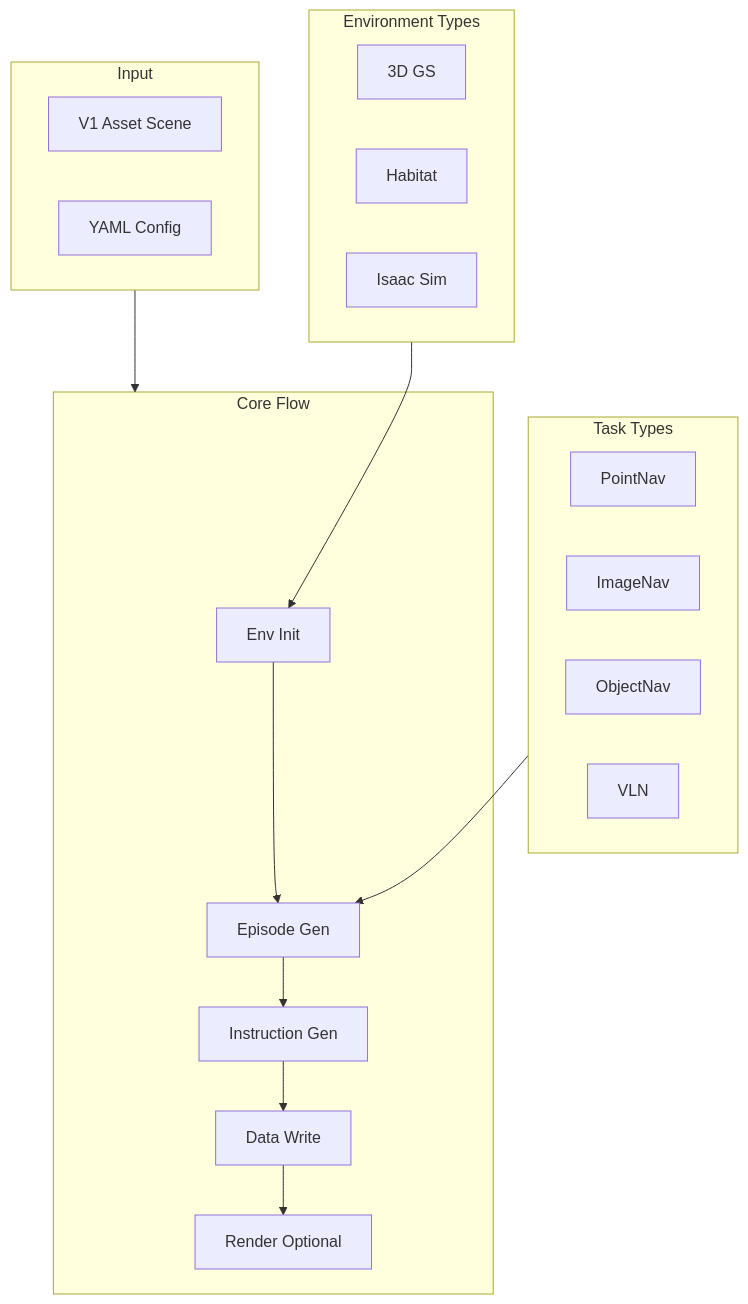
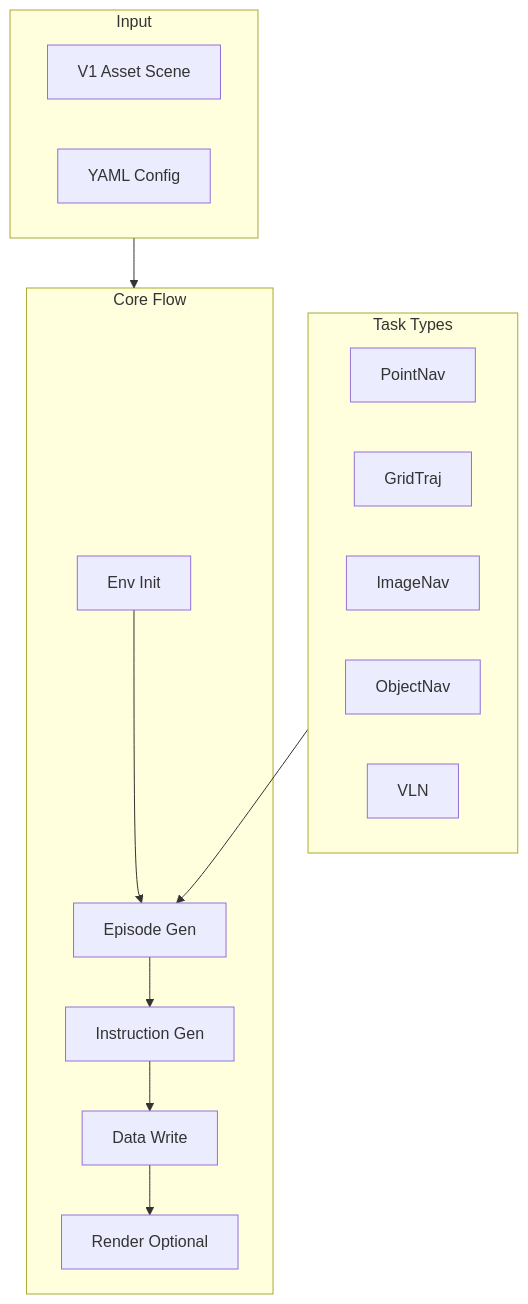
The diagram in docs/data-generator/index.md (EI-Nav/NavArena-Doc), drawn with Mermaid before and after one commit. The commit also changed other lines of this file and 28 other files, not shown here.

````diff
--- a/docs/data-generator/index.md
+++ b/docs/data-generator/index.md
@@ -20,34 +20,27 @@
 ```mermaid
 flowchart TB
     subgraph Input[Input]
         Scene[V1 Asset Scene]
         Config[YAML Config]
     end
-    
     subgraph Core[Core Flow]
         Env[Env Init]
         Gen[Episode Gen]
         Inst[Instruction Gen]
         Write[Data Write]
         Render[Render Optional]
-        
-        Env --> Gen --> Inst --> Write --> Render
+        Env --> Gen
+        Gen --> Inst
+        Inst --> Write
+        Write --> Render
     end
-    
-    subgraph Envs[Environment Types]
-        GS[3D GS]
-        Habitat[Habitat]
-        Isaac[Isaac Sim]
-    end
-    
     subgraph Tasks[Task Types]
         PN[PointNav]
+        GT[GridTraj]
         IN[ImageNav]
         ON[ObjectNav]
         VLN[VLN]
     end
-    
     Input --> Core
-    Envs --> Env
     Tasks --> Gen
 ```
````
